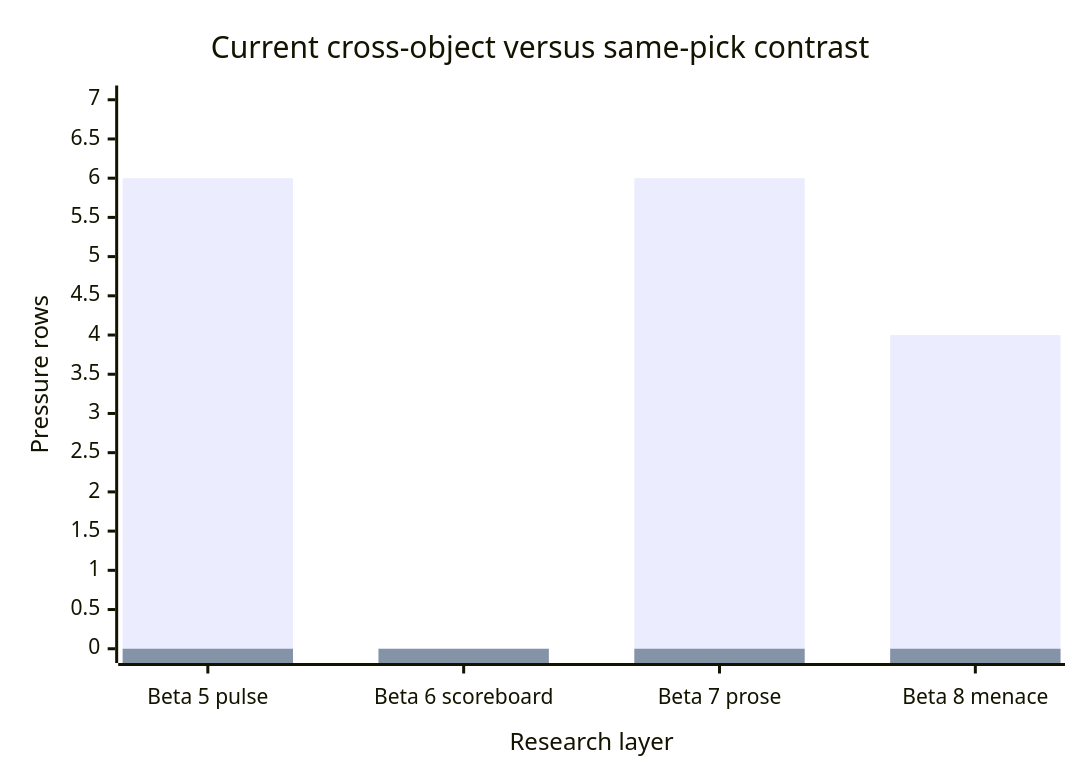
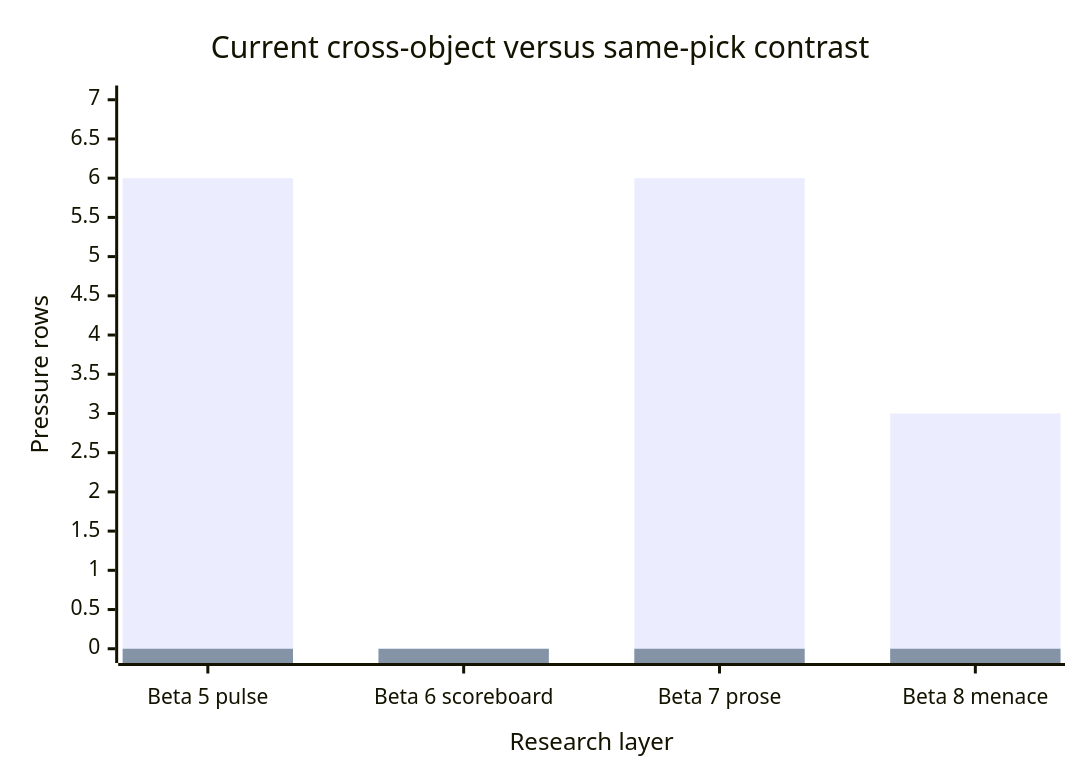
The first of 3 diagrams in docs/research/README.md (tryskian/scorey), drawn with Mermaid before and after one commit. The commit also changed other lines of this file and 3 other files, not shown here.

````diff
--- a/docs/research/README.md
+++ b/docs/research/README.md
@@ -49,8 +49,8 @@
 ```mermaid
 xychart-beta
   title "Current cross-object versus same-pick contrast"
   x-axis "Research layer" ["Beta 5 pulse", "Beta 6 scoreboard", "Beta 7 prose", "Beta 8 menace"]
   y-axis "Pressure rows" 0 --> 7
-  bar "Cross-object pressure" [6, 0, 6, 4]
+  bar "Cross-object pressure" [6, 0, 6, 3]
   bar "Same-pick pressure" [0, 0, 0, 0]
 ```
````
